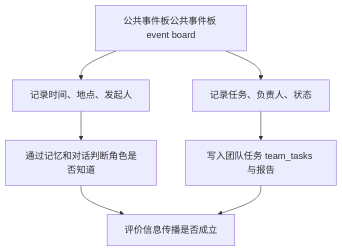
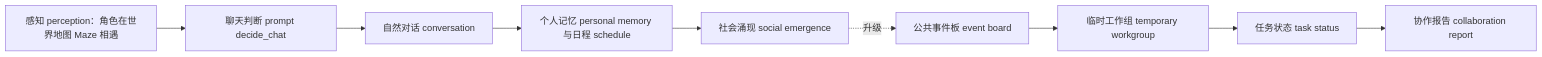
Before and after one commit to tbkken/GenerativeAgentsCN: the first of 3 diagrams in docs/book/manuscript/part_05/chapter_35.md, drawn with Mermaid. The commit also changed other lines of this file and 18 other files, not shown here.

````diff
--- a/docs/book/manuscript/part_05/chapter_35.md
+++ b/docs/book/manuscript/part_05/chapter_35.md
@@ -308,9 +16,11 @@
 ```mermaid
-flowchart TD
-    Event["公共事件板公共事件板 event board"] --> Facts["记录时间、地点、发起人"]
-    Event --> Tasks["记录任务、负责人、状态"]
-    Facts --> Access["通过记忆和对话判断角色是否知道"]
-    Tasks --> Evidence["写入团队任务 team_tasks 与报告"]
-    Access --> Evaluate["评价信息传播是否成立"]
-    Evidence --> Evaluate
+flowchart LR
+    A["感知 perception：角色在世界地图 Maze 相遇"] --> B["聊天判断 prompt decide_chat"]
+    B --> C["自然对话 conversation"]
+    C --> D["个人记忆 personal memory 与日程 schedule"]
+    D --> E["社会涌现 social emergence"]
+    E -.升级.-> F["公共事件板 event board"]
+    F --> G["临时工作组 temporary workgroup"]
+    G --> H["任务状态 task status"]
+    H --> I["协作报告 collaboration report"]
 ```
````
